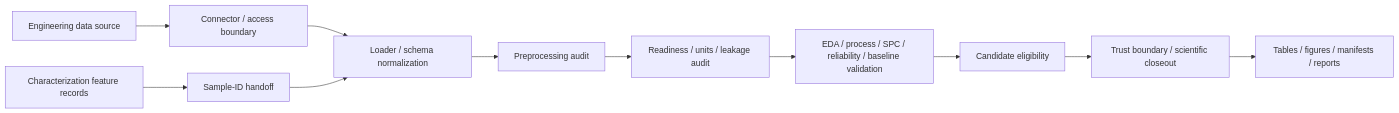
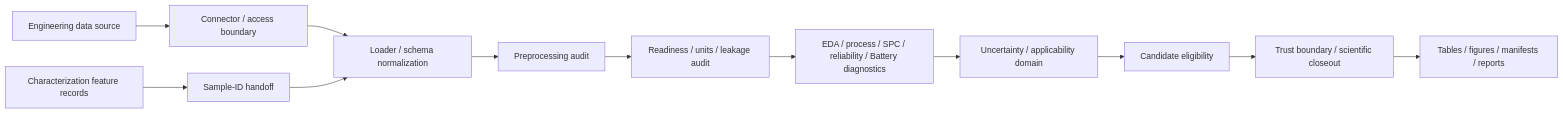
Before and after one commit to jhin0410-lgtm/materials-data-analyzer: the diagram in README.md, drawn with Mermaid. The commit also changed other lines of this file, not shown here.

Commit message:
Document user-facing Battery Intelligence workflow

````diff
--- a/README.md
+++ b/README.md
@@ -264,13 +310,14 @@
 ```mermaid
 flowchart LR
     source["Engineering data source"] --> connector["Connector / access boundary"]
     connector --> loader["Loader / schema normalization"]
     characterization["Characterization feature records"] --> handoff["Sample-ID handoff"]
     handoff --> loader
     loader --> preprocessing["Preprocessing audit"]
     preprocessing --> readiness["Readiness / units / leakage audit"]
-    readiness --> analysis["EDA / process / SPC / reliability / baseline validation"]
-    analysis --> eligibility["Candidate eligibility"]
+    readiness --> analysis["EDA / process / SPC / reliability / Battery diagnostics"]
+    analysis --> uncertainty["Uncertainty / applicability domain"]
+    uncertainty --> eligibility["Candidate eligibility"]
     eligibility --> trust["Trust boundary / scientific closeout"]
     trust --> artifacts["Tables / figures / manifests / reports"]
 ```
````
